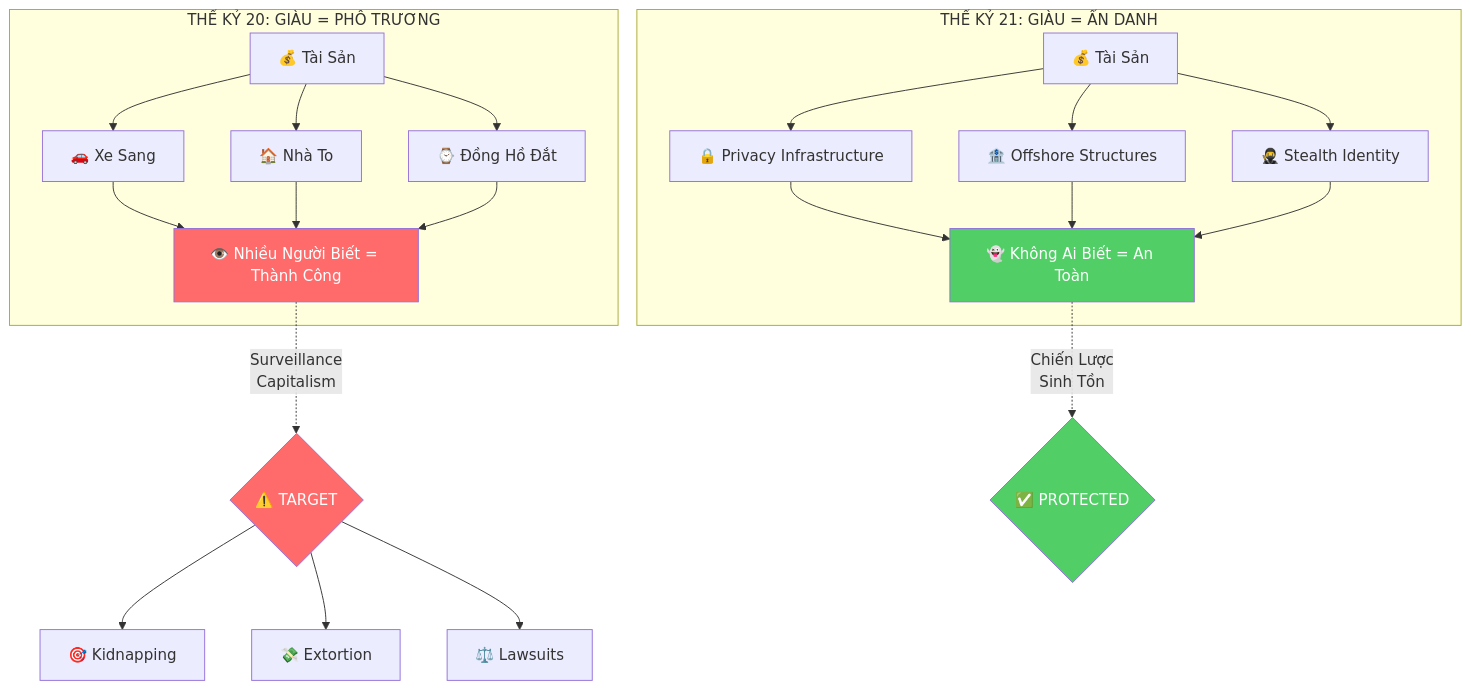
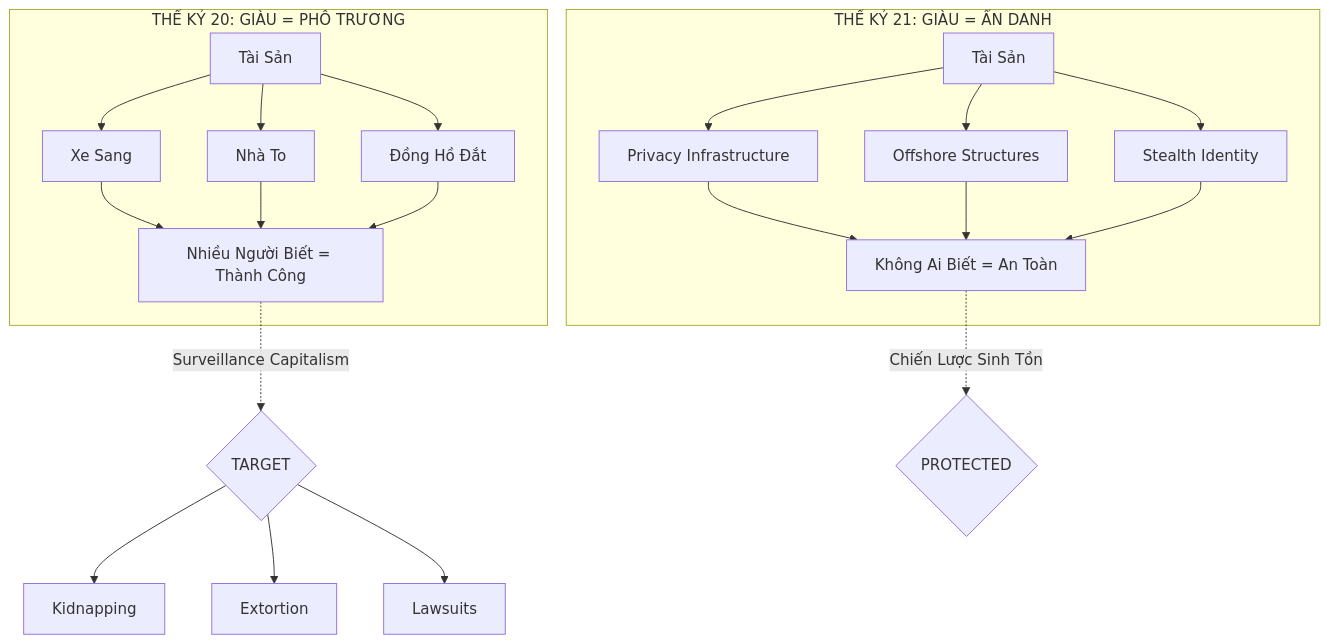
The first of 4 diagrams in mental-models/Privacy Is The New Wealth.md (dyukahi/knowledge), drawn with Mermaid before and after one commit. The commit also changed other lines of this file, not shown here.

Commit message:
Fix: Remove colors and emojis from mermaid diagrams

````diff
--- a/mental-models/Privacy Is The New Wealth.md
+++ b/mental-models/Privacy Is The New Wealth.md
@@ -15,28 +15,23 @@
 ```mermaid
 graph TD
     subgraph "THẾ KỶ 20: GIÀU = PHÔ TRƯƠNG"
-        A[💰 Tài Sản] --> B[🚗 Xe Sang]
-        A --> C[🏠 Nhà To]
-        A --> D[⌚ Đồng Hồ Đắt]
-        B & C & D --> E[👁️ Nhiều Người Biết = Thành Công]
+        A[Tài Sản] --> B[Xe Sang]
+        A --> C[Nhà To]
+        A --> D[Đồng Hồ Đắt]
+        B & C & D --> E[Nhiều Người Biết = Thành Công]
     end
     
     subgraph "THẾ KỶ 21: GIÀU = ẨN DANH"
-        F[💰 Tài Sản] --> G[🔒 Privacy Infrastructure]
-        F --> H[🏦 Offshore Structures]
-        F --> I[🥷 Stealth Identity]
-        G & H & I --> J[👻 Không Ai Biết = An Toàn]
+        F[Tài Sản] --> G[Privacy Infrastructure]
+        F --> H[Offshore Structures]
+        F --> I[Stealth Identity]
+        G & H & I --> J[Không Ai Biết = An Toàn]
     end
     
-    E -.->|"Surveillance<br/>Capitalism"| K{⚠️ TARGET}
-    J -.->|"Chiến Lược<br/>Sinh Tồn"| L{✅ PROTECTED}
+    E -.->|"Surveillance Capitalism"| K{TARGET}
+    J -.->|"Chiến Lược Sinh Tồn"| L{PROTECTED}
     
-    K --> M[🎯 Kidnapping]
-    K --> N[💸 Extortion]
-    K --> O[⚖️ Lawsuits]
-    
-    style E fill:#ff6b6b,color:#fff
-    style J fill:#51cf66,color:#fff
-    style K fill:#ff6b6b,color:#fff
-    style L fill:#51cf66,color:#fff
+    K --> M[Kidnapping]
+    K --> N[Extortion]
+    K --> O[Lawsuits]
 ```
````
